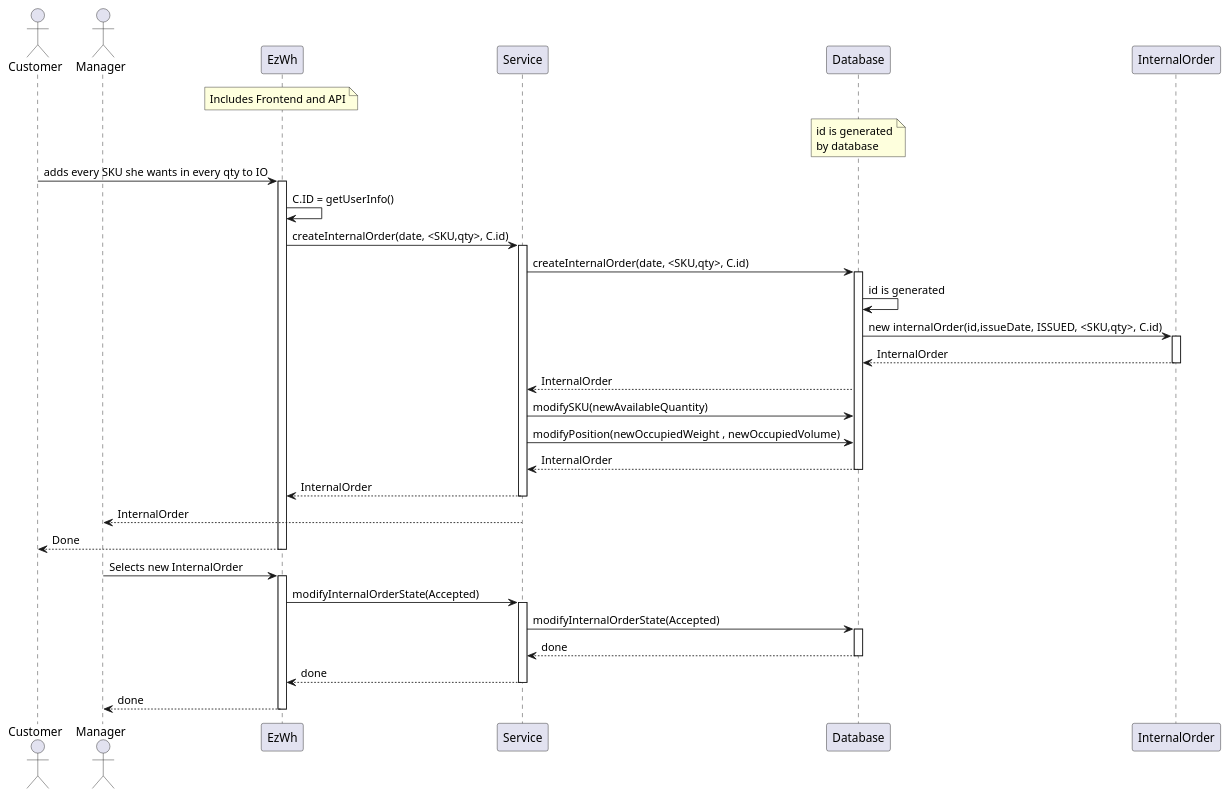
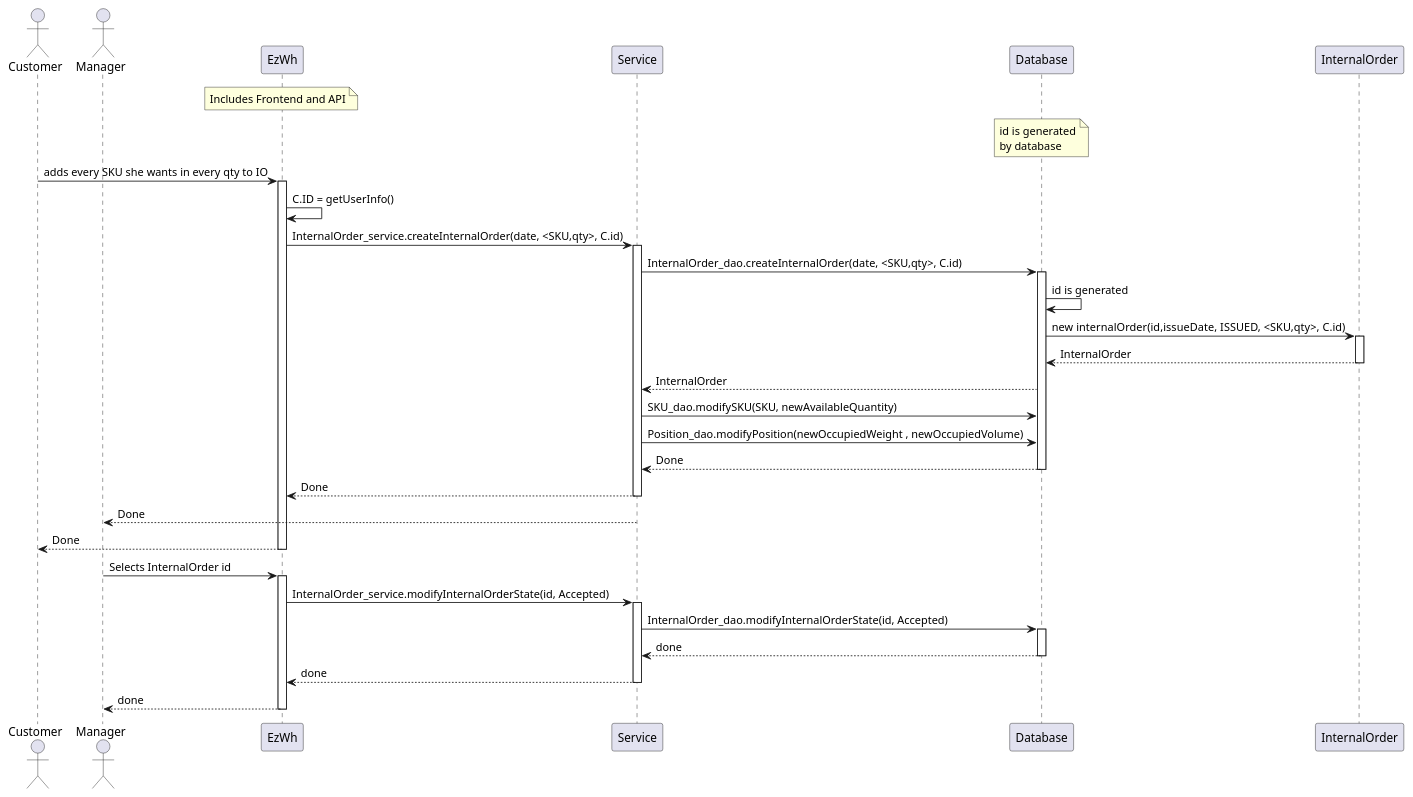
One commit to giuseppe-dandrea/EzWh changed the ninth of 12 diagrams in DesignDocument.md. Above: the diagram before and after it, drawn with PlantUML. The commit also changed other lines of this file, not shown here.

Commit message:
Add scenarios 9.1, 11.1, 11.2

````diff
--- a/DesignDocument.md
+++ b/DesignDocument.md
@@ -766,49 +766,49 @@
 ```plantuml
 actor Customer
 actor Manager
 participant EzWh
 note over EzWh: Includes Frontend and API
 note over Database: id is generated\nby database
 participant Service
 participant Database
 participant InternalOrder
 
 
 Customer -> EzWh: adds every SKU she wants in every qty to IO
 activate EzWh
 EzWh ->EzWh : C.ID = getUserInfo()
-EzWh -> Service: createInternalOrder(date, <SKU,qty>, C.id)
+EzWh -> Service: InternalOrder_service.createInternalOrder(date, <SKU,qty>, C.id)
 activate Service
-Service ->Database :createInternalOrder(date, <SKU,qty>, C.id)
+Service ->Database : InternalOrder_dao.createInternalOrder(date, <SKU,qty>, C.id)
 activate Database
 Database -> Database : id is generated
 Database ->InternalOrder: new internalOrder(id,issueDate, ISSUED,  <SKU,qty>, C.id)
 activate InternalOrder
 InternalOrder-->Database : InternalOrder
 deactivate InternalOrder
 Database --> Service : InternalOrder
-Service->Database : modifySKU(newAvailableQuantity)
-Service->Database :modifyPosition(newOccupiedWeight , newOccupiedVolume)
-Database --> Service : InternalOrder
+Service->Database : SKU_dao.modifySKU(SKU, newAvailableQuantity)
+Service->Database : Position_dao.modifyPosition(newOccupiedWeight , newOccupiedVolume)
+Database --> Service : Done
 deactivate Database
-Service -->EzWh :InternalOrder
+Service -->EzWh :Done
 deactivate Service
-Service -->Manager :InternalOrder
+Service -->Manager :Done
 EzWh --> Customer : Done
 deactivate EzWh
 
-Manager -> EzWh: Selects new InternalOrder
+Manager -> EzWh: Selects InternalOrder id
 activate EzWh
-EzWh -> Service : modifyInternalOrderState(Accepted)
+EzWh -> Service : InternalOrder_service.modifyInternalOrderState(id, Accepted)
 activate Service
-Service->Database : modifyInternalOrderState(Accepted)
+Service->Database : InternalOrder_dao.modifyInternalOrderState(id, Accepted)
 activate Database
 Database --> Service : done
 deactivate Database
 Service --> EzWh : done
 deactivate Service
 EzWh --> Manager : done
 deactivate EzWh
 
 
 ```
````
